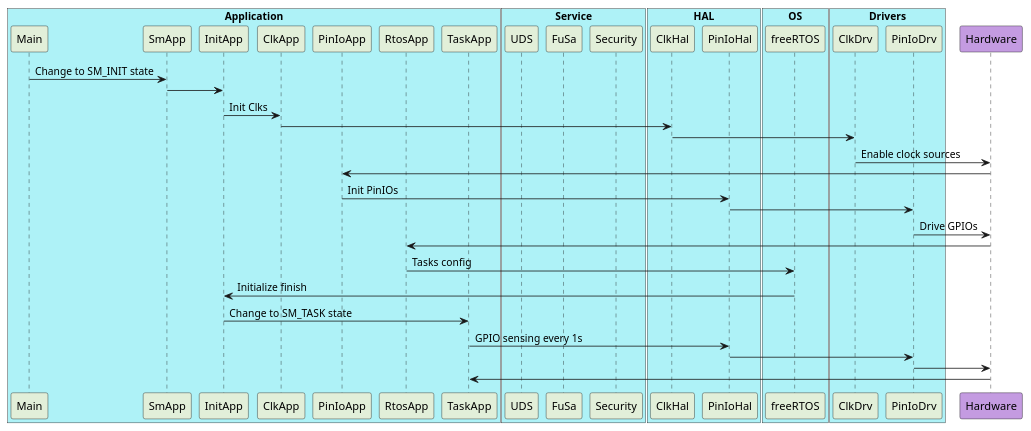
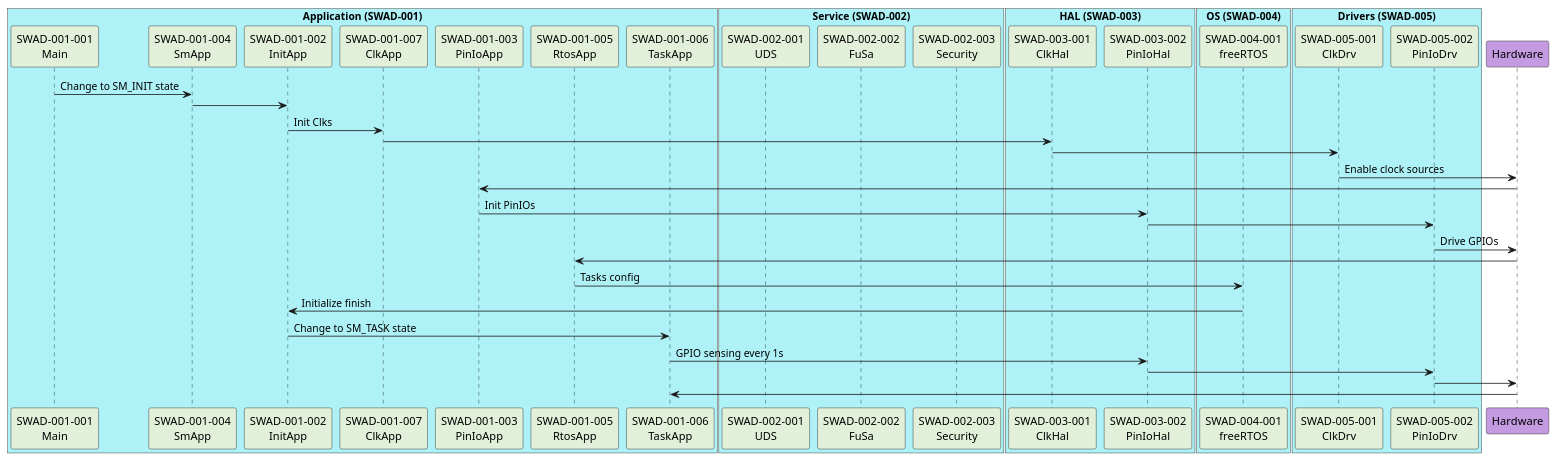
One commit to FdsLu/SwSeq changed the diagram in Dynamic_Software_Architecture.plantuml. Above: the diagram before and after it, drawn with PlantUML. The commit also changed 2 other files, not shown here.

Commit message:
[Modify] Source ID for Components and Modules [Modify] 1. Rename components for source ID 2. Rename modules for source ID 3. Add description.

```diff
--- a/Dynamic_Software_Architecture.plantuml
+++ b/Dynamic_Software_Architecture.plantuml
@@ -1,59 +1,60 @@
 @startuml
-'Define "Application" component and colors
-box "Application" #aef2f7
-participant Main #E2EFD9
-participant SmApp #E2EFD9
-participant InitApp #E2EFD9
-participant ClkApp #E2EFD9
-participant PinIoApp #E2EFD9
-participant RtosApp #E2EFD9
-participant TaskApp #E2EFD9
+'---- Define "Application" component and colors ----
+box "Application (SWAD-001)" #aef2f7
+participant "SWAD-001-001\nMain" as Main #E2EFD9
+participant "SWAD-001-004\nSmApp" as SmApp #E2EFD9
+participant "SWAD-001-002\nInitApp" as InitApp #E2EFD9
+participant "SWAD-001-007\nClkApp" as ClkApp #E2EFD9
+participant "SWAD-001-003\nPinIoApp" as PinIoApp #E2EFD9
+participant "SWAD-001-005\nRtosApp" as RtosApp #E2EFD9
+participant "SWAD-001-006\nTaskApp" as TaskApp #E2EFD9
 end box
 
-'Define "Service" component
-box "Service" #aef2f7
-participant UDS #E2EFD9
-participant FuSa #E2EFD9
-participant Security #E2EFD9
+'---- Define "Service" component--------------------
+box "Service (SWAD-002)" #aef2f7
+participant "SWAD-002-001\nUDS" as UDS #E2EFD9
+participant "SWAD-002-002\nFuSa" as FuSa #E2EFD9
+participant "SWAD-002-003\nSecurity" as Security #E2EFD9
 end box
 
-'Define "HAL" component
-box "HAL" #aef2f7
-participant ClkHal #E2EFD9
-participant PinIoHal #E2EFD9
+'---- Define "HAL" component -----------------------
+box "HAL (SWAD-003)" #aef2f7
+participant "SWAD-003-001\nClkHal" as ClkHal #E2EFD9
+participant "SWAD-003-002\nPinIoHal" as PinIoHal #E2EFD9
 end box
 
-'Define "OS" component
-box "OS" #aef2f7
-participant freeRTOS #E2EFD9
+'---- Define "OS" component ------------------------
+box "OS (SWAD-004)" #aef2f7
+participant "SWAD-004-001\nfreeRTOS" as freeRTOS #E2EFD9
 end box
 
-'Define "Drivers" component
-box "Drivers" #aef2f7
-participant ClkDrv #E2EFD9
-participant PinIoDrv #E2EFD9
+'---- Define "Drivers" component -------------------
+box "Drivers (SWAD-005)" #aef2f7
+participant "SWAD-005-001\nClkDrv" as ClkDrv #E2EFD9
+participant "SWAD-005-002\nPinIoDrv" as PinIoDrv #E2EFD9
 end box
 
-'Define "Hardware" layer
+'---- Define "Hardware" layer ----------------------
 participant Hardware #C49BE1
 
-'Plan modules sequence
+'---- Plan modules sequence-------------------------
 Main -> SmApp: Change to SM_INIT state
 SmApp -> InitApp
 InitApp -> ClkApp: Init Clks
 ClkApp -> ClkHal
 ClkHal -> ClkDrv
 ClkDrv -> Hardware: Enable clock sources
 Hardware -> PinIoApp 
 PinIoApp -> PinIoHal: Init PinIOs
 PinIoHal -> PinIoDrv
 PinIoDrv -> Hardware: Drive GPIOs
 Hardware -> RtosApp
 RtosApp -> freeRTOS: Tasks config
 freeRTOS -> InitApp: Initialize finish
 InitApp -> TaskApp: Change to SM_TASK state
 TaskApp -> PinIoHal: GPIO sensing every 1s
 PinIoHal -> PinIoDrv
 PinIoDrv -> Hardware
 Hardware -> TaskApp
+'---------------------------------------------------
 @enduml
```
